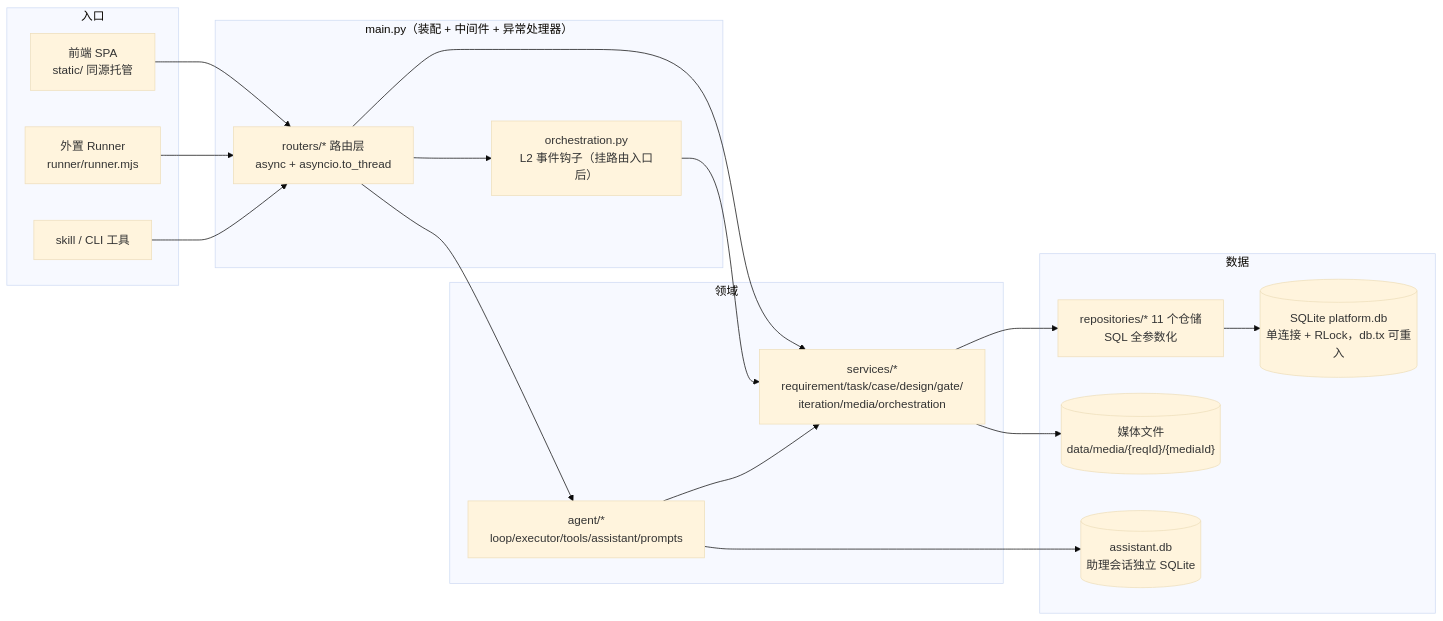
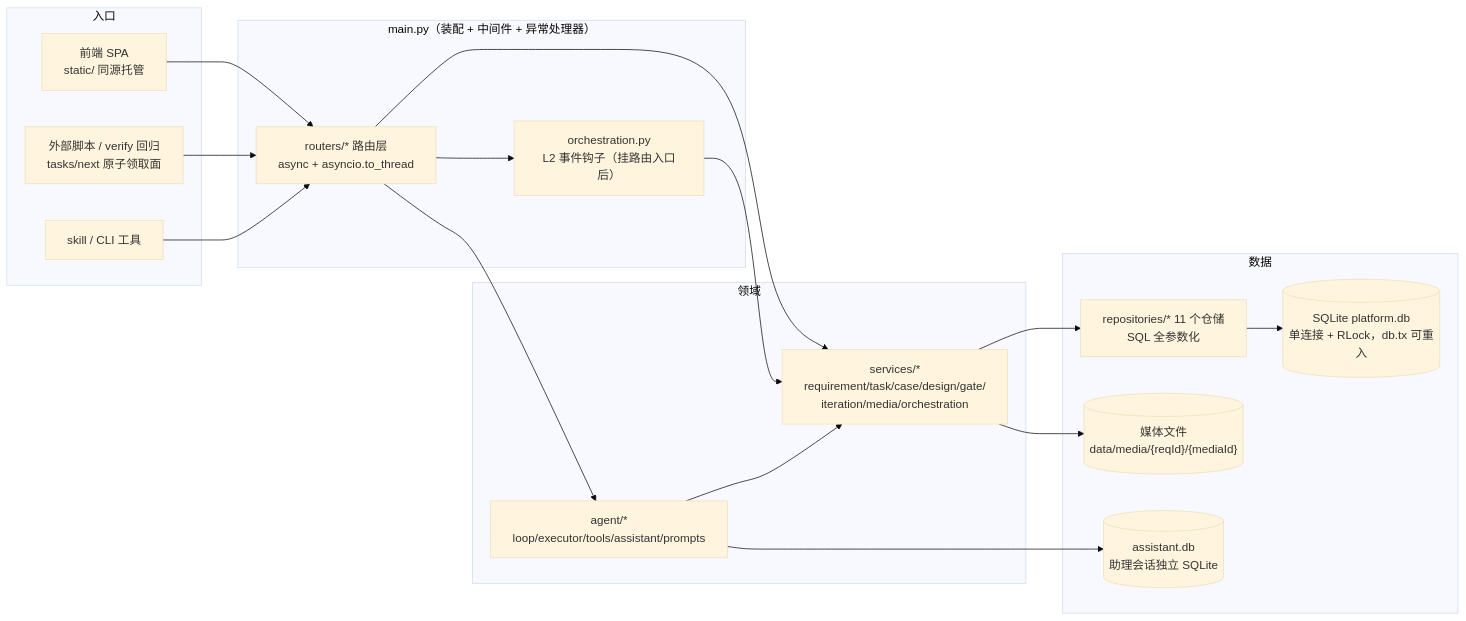
The first of 10 diagrams in docs/ER图与业务流程.md (TsCarpe/sdlc-platform-server), drawn with Mermaid (base theme) before and after one commit. The commit also changed other lines of this file and 4 other files, not shown here.

Commit message:
文档：runner 下线口径收敛——CLAUDE.md（单执行通道/两处同步/删 runner.sh 命令）、README（依赖表删 claude CLI 与 lark-cli、通道节改单通道、环境变量表删 SDLC_RUNNER_*/SDLC_PLATFORM_URL 补 SDLC_GATE_TIMEOUT_MIN）、ER图（架构图/时序图/对照表/红线 12/环境变量表改单通道）、EXEC-PLAN-K8s（§0/§2.1/§8-4 标注已下线）、ci.yml 注释两处同步；HANDOFF-runner下线.md 使命已尽删除

````diff
--- a/docs/ER图与业务流程.md
+++ b/docs/ER图与业务流程.md
@@ -38,34 +38,34 @@
 ```mermaid
 flowchart LR
     subgraph 入口
         WEB[前端 SPA<br/>static/ 同源托管]
-        RUNNER[外置 Runner<br/>runner/runner.mjs]
+        EXT[外部脚本 / verify 回归<br/>tasks/next 原子领取面]
         SKILL[skill / CLI 工具]
     end
     subgraph 应用["main.py（装配 + 中间件 + 异常处理器）"]
         RT[routers/* 路由层<br/>async + asyncio.to_thread]
         ORCH[orchestration.py<br/>L2 事件钩子（挂路由入口后）]
     end
     subgraph 领域
         SVC[services/*<br/>requirement/task/case/design/gate/<br/>iteration/media/orchestration]
         AGENT[agent/*<br/>loop/executor/tools/assistant/prompts]
     end
     subgraph 数据
         REPO[repositories/* 11 个仓储<br/>SQL 全参数化]
         DB[(SQLite platform.db<br/>单连接 + RLock，db.tx 可重入)]
         MEDIA[("媒体文件<br/>data/media/{reqId}/{mediaId}")]
         ASSIST[(assistant.db<br/>助理会话独立 SQLite)]
     end
     WEB --> RT
-    RUNNER --> RT
+    EXT --> RT
     SKILL --> RT
     RT --> SVC
     RT --> ORCH
     ORCH --> SVC
     RT --> AGENT
     AGENT --> SVC
     SVC --> REPO
     SVC --> MEDIA
     AGENT --> ASSIST
     REPO --> DB
 ```
````
